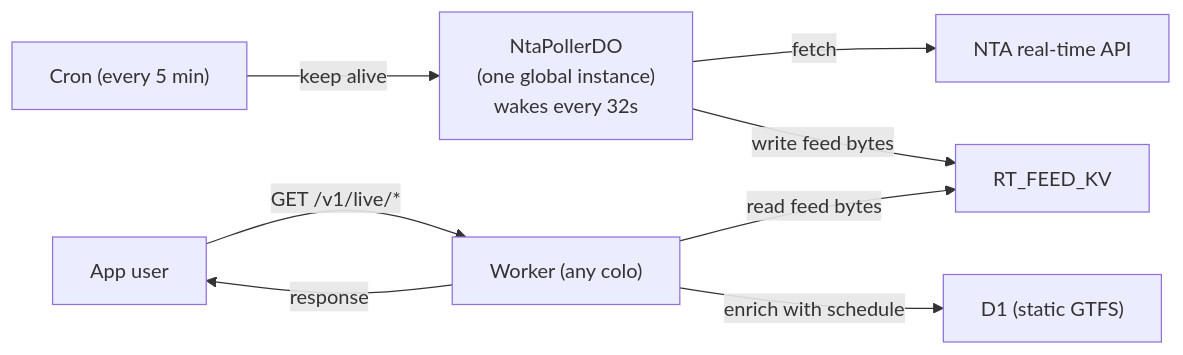
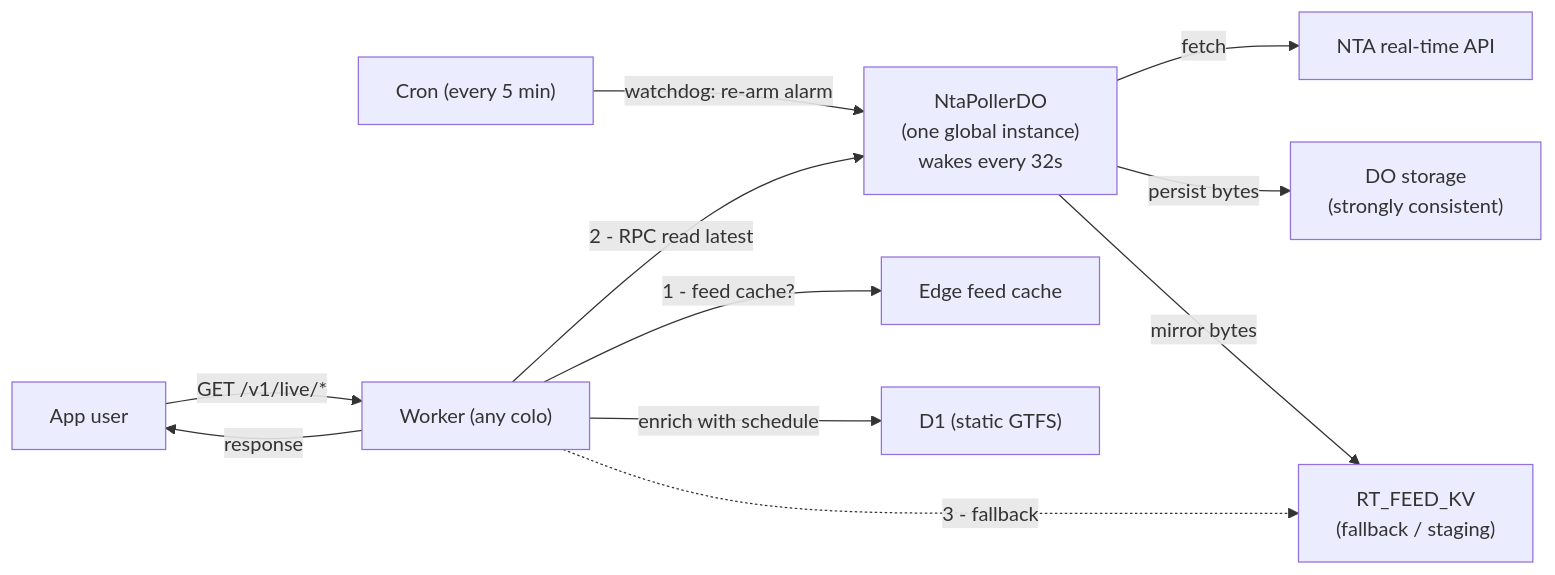
One commit to joseph-neeraj/nta-server-worker changed the diagram in README.md. Above: the diagram before and after it, drawn with Mermaid. The commit also changed other lines of this file and 4 other files, not shown here.

````diff
--- a/README.md
+++ b/README.md
@@ -32,10 +32,13 @@
 ```mermaid
 flowchart LR
-  CRON["Cron (every 5 min)"] -->|keep alive| DO
+  CRON["Cron (every 5 min)"] -->|watchdog: re-arm alarm| DO
   DO["NtaPollerDO<br/>(one global instance)<br/>wakes every 32s"] -->|fetch| NTA["NTA real-time API"]
-  DO -->|write feed bytes| KV["RT_FEED_KV"]
+  DO -->|persist bytes| ST["DO storage<br/>(strongly consistent)"]
+  DO -->|mirror bytes| KV["RT_FEED_KV<br/>(fallback / staging)"]
   USER["App user"] -->|GET /v1/live/*| W["Worker (any colo)"]
-  W -->|read feed bytes| KV
+  W -->|1 - feed cache?| FC["Edge feed cache"]
+  W -->|2 - RPC read latest| DO
+  W -.->|3 - fallback| KV
   W -->|enrich with schedule| D1["D1 (static GTFS)"]
   W -->|response| USER
 ```
````
